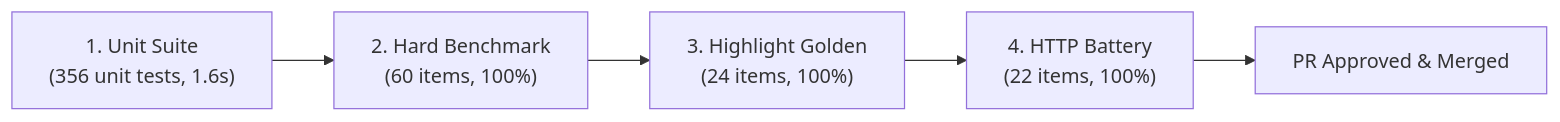
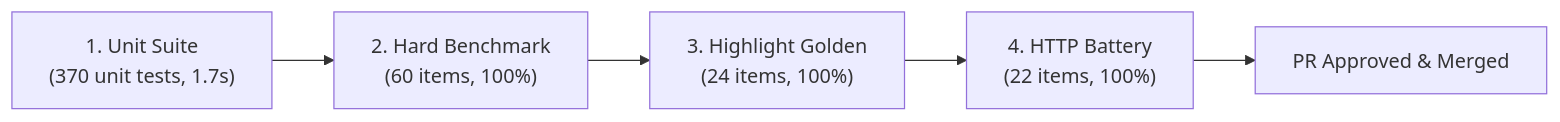
Before and after one commit to Skufu/NekoHon: the fourth of 5 diagrams in docs/ENGINEERING_AND_BENCHMARKS.md, drawn with Mermaid. The commit also changed other lines of this file and 44 other files, not shown here.

Commit message:
feat: add passing-mention overlap guard, figure suppression, and verified browser recording

````diff
--- a/docs/ENGINEERING_AND_BENCHMARKS.md
+++ b/docs/ENGINEERING_AND_BENCHMARKS.md
@@ -205,7 +269,7 @@
 ```mermaid
 flowchart LR
-    Unit["1. Unit Suite<br/>(356 unit tests, 1.6s)"] --> Hard["2. Hard Benchmark<br/>(60 items, 100%)"]
+    Unit["1. Unit Suite<br/>(370 unit tests, 1.7s)"] --> Hard["2. Hard Benchmark<br/>(60 items, 100%)"]
     Hard --> High["3. Highlight Golden<br/>(24 items, 100%)"]
     High --> Batt["4. HTTP Battery<br/>(22 items, 100%)"]
     Batt --> PR["PR Approved &amp; Merged"]
 ```
````
